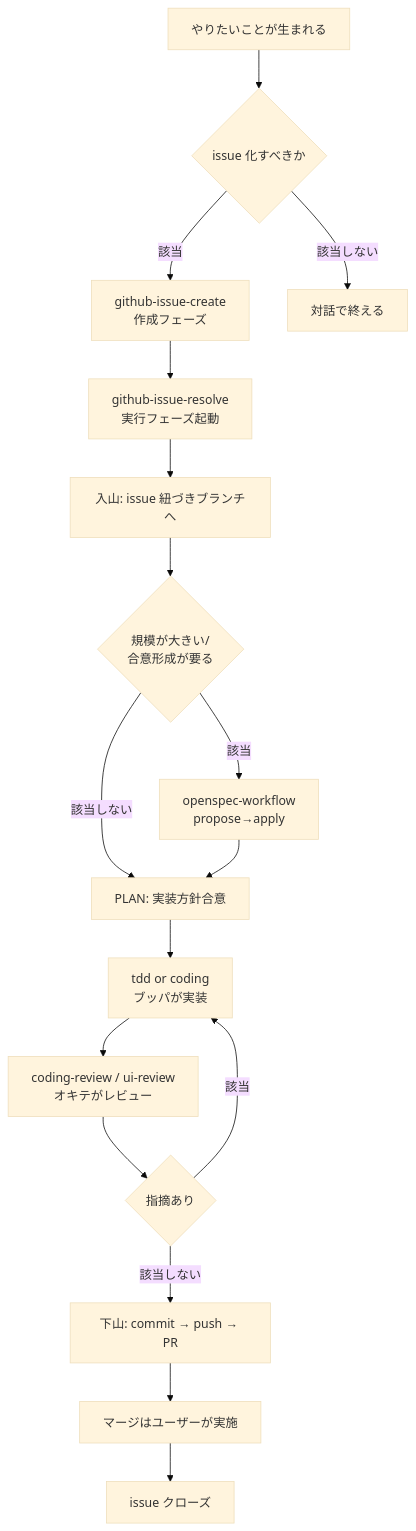
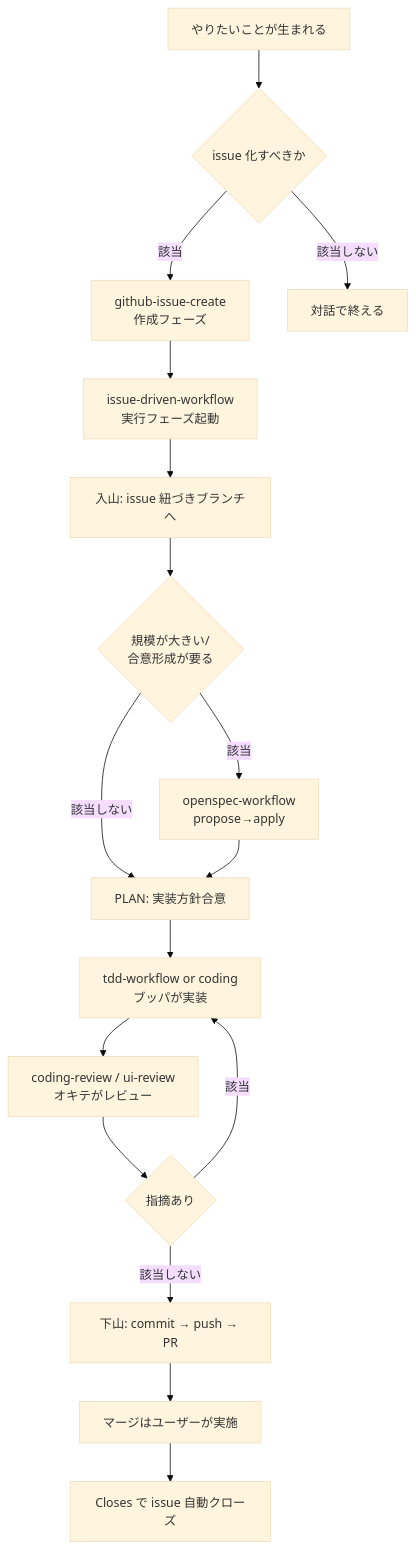
One commit to kokuto821/matagi changed the diagram in README.md. Above: the diagram before and after it, drawn with Mermaid (base theme). The commit also changed other lines of this file and 19 other files, not shown here.

````diff
--- a/README.md
+++ b/README.md
@@ -87,19 +87,19 @@
 ```mermaid
 flowchart TD
     A[やりたいことが生まれる] --> B{issue 化すべきか}
     B -->|該当| C[github-issue-create<br/>作成フェーズ]
     B -->|該当しない| Z[対話で終える]
-    C --> D[github-issue-resolve<br/>実行フェーズ起動]
+    C --> D[issue-driven-workflow<br/>実行フェーズ起動]
     D --> E[入山: issue 紐づきブランチへ]
     E --> F{規模が大きい/<br/>合意形成が要る}
     F -->|該当| G[openspec-workflow<br/>propose→apply]
     F -->|該当しない| H[PLAN: 実装方針合意]
     G --> H
-    H --> I[tdd or coding<br/>ブッパが実装]
+    H --> I[tdd-workflow or coding<br/>ブッパが実装]
     I --> J[coding-review / ui-review<br/>オキテがレビュー]
     J --> K{指摘あり}
     K -->|該当| I
     K -->|該当しない| L[下山: commit → push → PR]
     L --> M[マージはユーザーが実施]
-    M --> N[issue クローズ]
+    M --> N[Closes で issue 自動クローズ]
 ```
````
